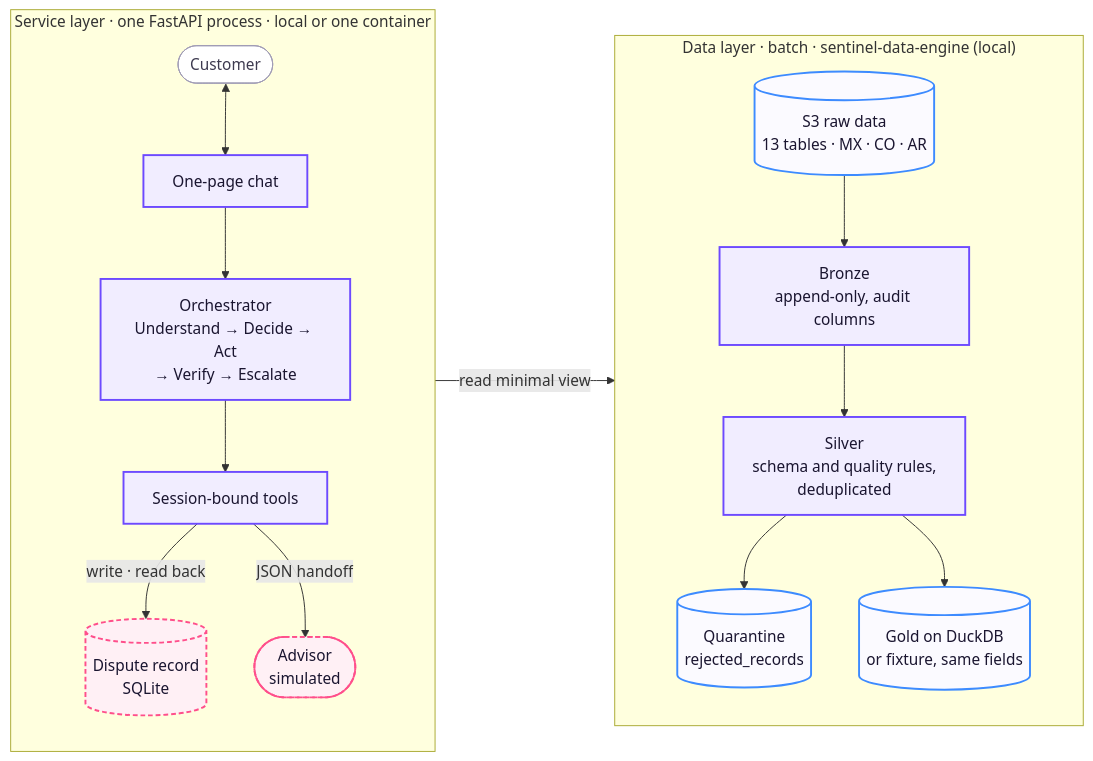
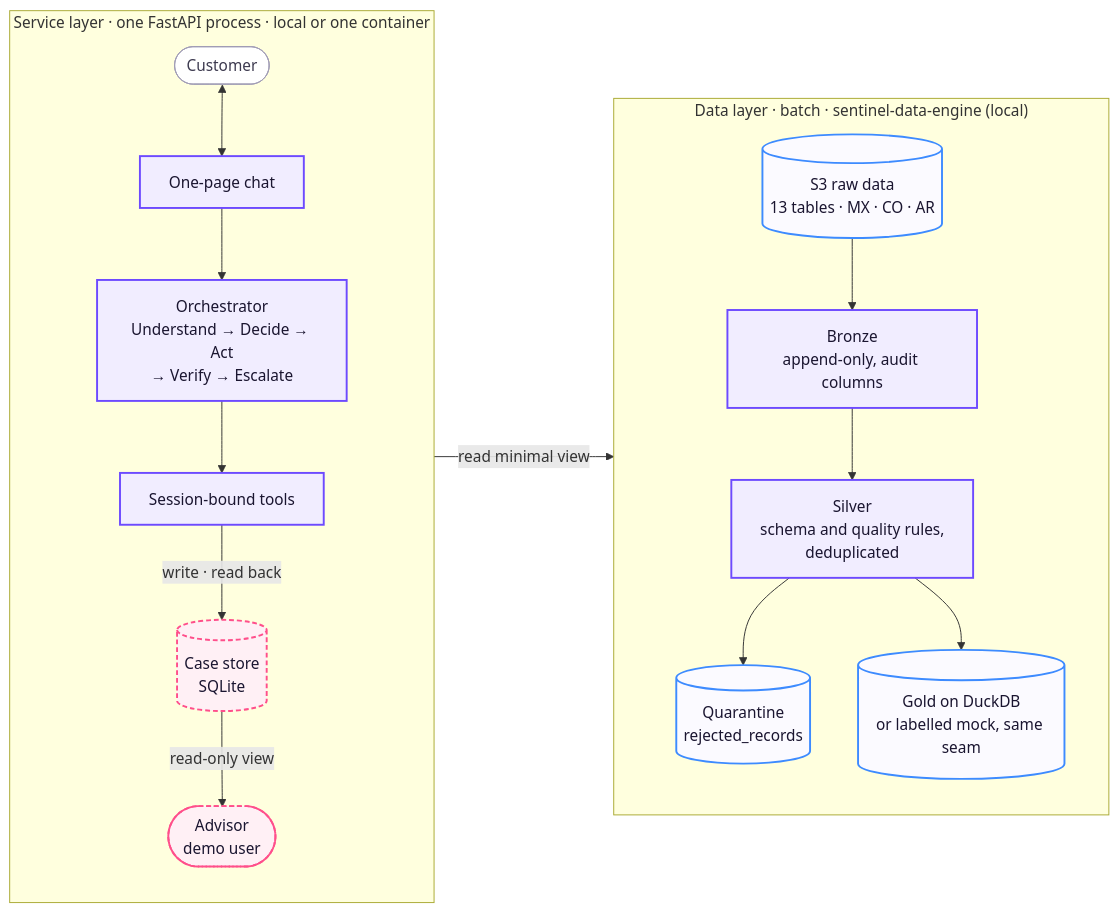
Before and after one commit to rdorta27/factored-hackathon-2026-sentinel-engine: the first of 2 diagrams in docs/architecture/demo-architecture.md, drawn with Mermaid. The commit also changed other lines of this file and 8 other files, not shown here.

First line of the commit message:
docs: refresh requirement status, architecture, readme and team tasks

````diff
--- a/docs/architecture/demo-architecture.md
+++ b/docs/architecture/demo-architecture.md
@@ -13,28 +13,28 @@
 ```mermaid
 flowchart LR
     subgraph dataL["Data layer · batch · sentinel-data-engine (local)"]
         direction TB
         s3[("S3 raw data<br/>13 tables · MX · CO · AR")] --> bronze["Bronze<br/>append-only, audit columns"]
         bronze --> silver["Silver<br/>schema and quality rules,<br/>deduplicated"]
         silver --> quarantine[("Quarantine<br/>rejected_records")]
-        silver --> gold[("Gold on DuckDB<br/>or fixture, same fields")]
+        silver --> gold[("Gold on DuckDB<br/>or labelled mock, same seam")]
     end
     subgraph service["Service layer · one FastAPI process · local or one container"]
         direction TB
         client(["Customer"]) <--> chat["One-page chat"]
         chat --> orch["Orchestrator<br/>Understand → Decide → Act<br/>→ Verify → Escalate"]
         orch --> tools["Session-bound tools"]
-        tools -- "write · read back" --> disputes[("Dispute record<br/>SQLite")]
-        tools -- "JSON handoff" --> advisor(["Advisor<br/>simulated"])
+        tools -- "write · read back" --> disputes[("Case store<br/>SQLite")]
+        disputes -- "read-only view" --> advisor(["Advisor<br/>demo user"])
     end
     tools -- "read minimal view" --> gold
 
     classDef comp fill:#f1edff,stroke:#6d4aff,stroke-width:2px,color:#1a1530
     classDef store fill:#fbfaff,stroke:#3d8bff,stroke-width:2px,color:#1a1530
     classDef mock fill:#fff0f5,stroke:#ff4f8b,stroke-width:2px,stroke-dasharray:5 3,color:#1a1530
     classDef ext fill:#ffffff,stroke:#a09cb5,stroke-width:1px,color:#3d3a4f
     class bronze,silver,chat,orch,tools comp
     class s3,quarantine,gold store
     class disputes,advisor mock
     class client ext
 ```
````
